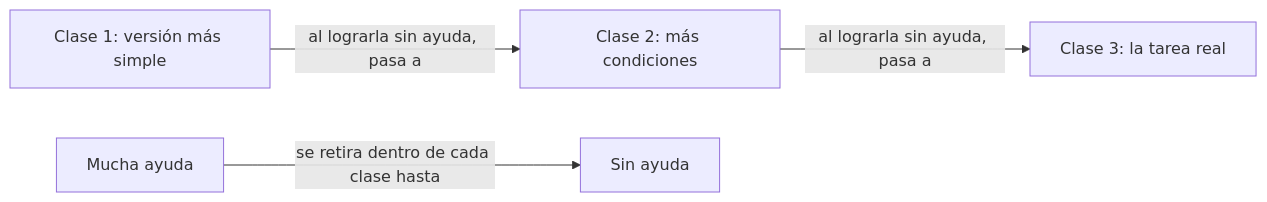
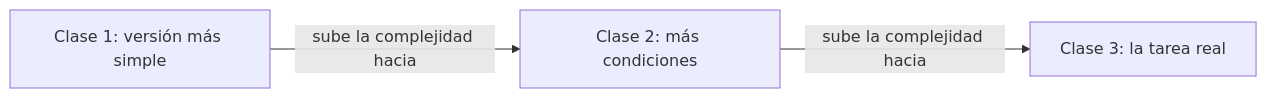
Before and after one commit to mtsdlf/conocimiento: the diagram in Diseno-instruccional/Secuencia-y-curriculo/secuencia-por-tareas-completas.md, drawn with Mermaid. The commit also changed other lines of this file and 137 other files, not shown here.

````diff
--- a/Diseno-instruccional/Secuencia-y-curriculo/secuencia-por-tareas-completas.md
+++ b/Diseno-instruccional/Secuencia-y-curriculo/secuencia-por-tareas-completas.md
@@ -26,6 +25,5 @@
 ```mermaid
 flowchart LR
-  C1[Clase 1: versión más simple] -->|al lograrla sin ayuda, pasa a| C2[Clase 2: más condiciones]
-  C2 -->|al lograrla sin ayuda, pasa a| C3[Clase 3: la tarea real]
-  A[Mucha ayuda] -->|se retira dentro de cada clase hasta| N[Sin ayuda]
+  C1[Clase 1: versión más simple] -->|sube la complejidad hacia| C2[Clase 2: más condiciones]
+  C2 -->|sube la complejidad hacia| C3[Clase 3: la tarea real]
 ```
````
